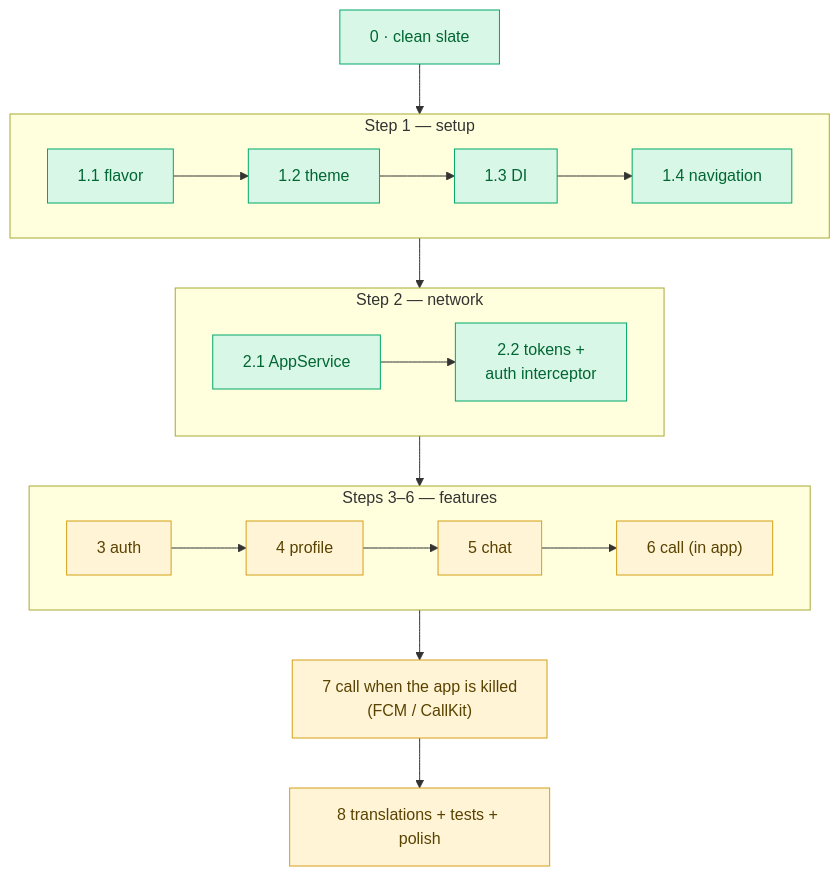
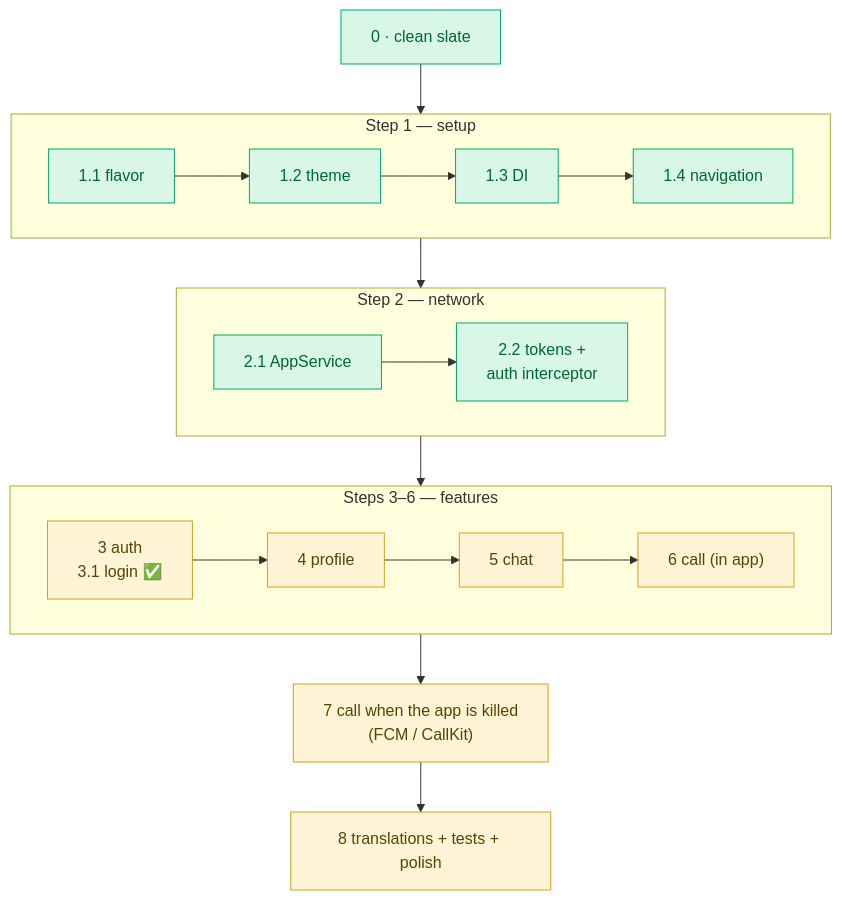
One commit to krouchvanyda/erp_flutter_claude changed the third of 3 diagrams in docs/learning/REBUILD/README.md. Above: the diagram before and after it, drawn with Mermaid. The commit also changed other lines of this file and 25 other files, not shown here.

First line of the commit message:
feat(auth): implement login functionality with BLoC pattern

````diff
--- a/docs/learning/REBUILD/README.md
+++ b/docs/learning/REBUILD/README.md
@@ -73,26 +73,26 @@
 ```mermaid
 flowchart TD
     S0["0 · clean slate"] --> STEP1
     subgraph STEP1["Step 1 — setup"]
         direction LR
         S11["1.1 flavor"] --> S12["1.2 theme"] --> S13["1.3 DI"] --> S14["1.4 navigation"]
     end
     STEP1 --> STEP2
     subgraph STEP2["Step 2 — network"]
         direction LR
         S21["2.1 AppService"] --> S22["2.2 tokens +<br/>auth interceptor"]
     end
     STEP2 --> FEATS
     subgraph FEATS["Steps 3–6 — features"]
         direction LR
-        S3["3 auth"] --> S4["4 profile"] --> S5["5 chat"] --> S6["6 call (in app)"]
+        S3["3 auth<br/>3.1 login ✅"] --> S4["4 profile"] --> S5["5 chat"] --> S6["6 call (in app)"]
     end
     FEATS --> S7["7 call when the app is killed<br/>(FCM / CallKit)"] --> S8["8 translations + tests + polish"]
     class S0,S11,S12,S13,S14,S21,S22 ok
     class S3,S4,S5,S6,S7,S8 wait
     classDef app fill:#dbe9ff,stroke:#3b6fd8,color:#123
     classDef ok fill:#d9f7e6,stroke:#00a86b,color:#063
     classDef wait fill:#fff4d6,stroke:#d4a017,color:#5a4300
     classDef none fill:#eeeeee,stroke:#999,color:#555
     classDef err fill:#fde2e2,stroke:#d64545,color:#611
 ```
````
